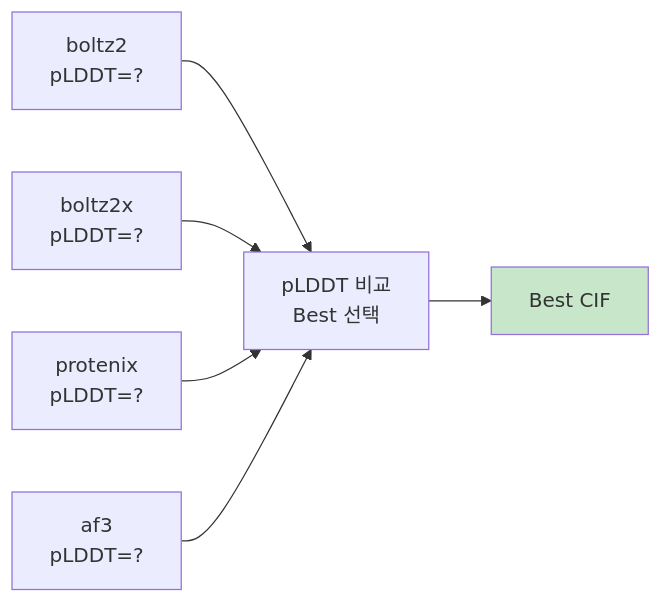
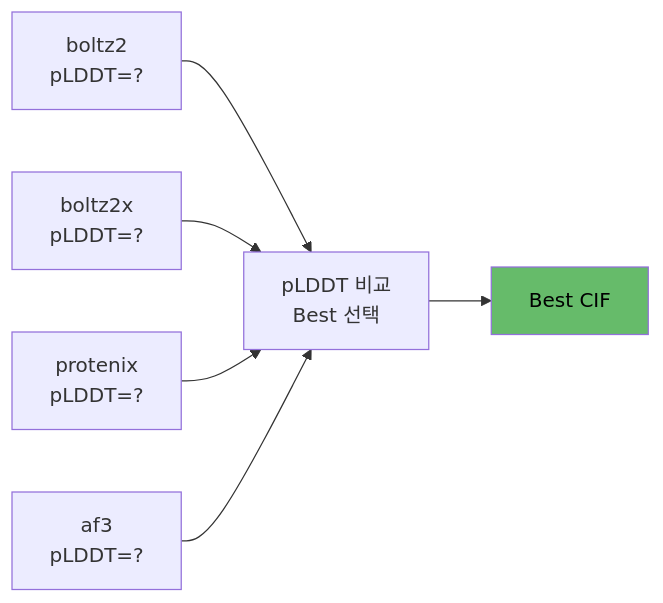
The seventh of 17 diagrams in docs/pipeline.md (eightmm/mosaic-pl), drawn with Mermaid before and after one commit. The commit also changed other lines of this file, not shown here.

````diff
--- a/docs/pipeline.md
+++ b/docs/pipeline.md
@@ -208,7 +208,7 @@
 ```mermaid
 flowchart LR
     B2["boltz2\npLDDT=?"] & B2X["boltz2x\npLDDT=?"] & PX["protenix\npLDDT=?"] & AF3["af3\npLDDT=?"]
     B2 & B2X & PX & AF3 --> SELECT["pLDDT 비교\nBest 선택"]
     SELECT --> BEST["Best CIF"]
-    style BEST fill:#c8e6c9
+    style BEST fill:#66bb6a,color:#000
 ```
````
